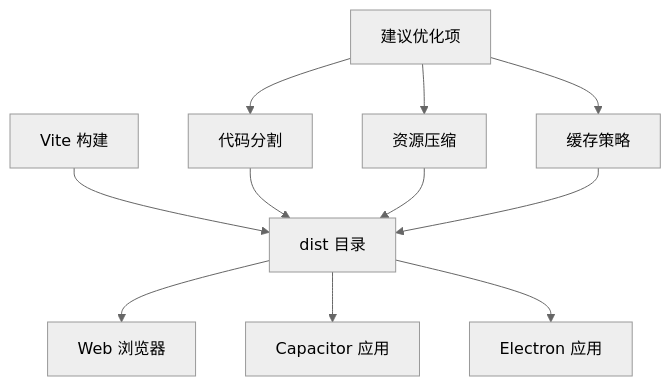
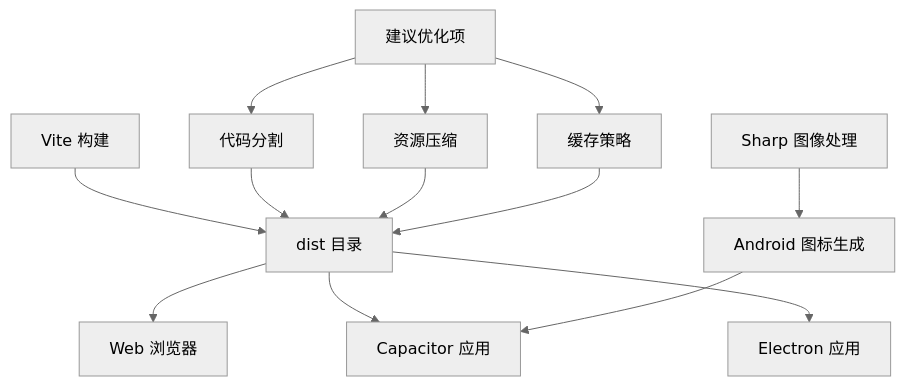
The sixth of 10 diagrams in .qoder/repowiki/zh/content/构建与部署/Web构建配置.md (xiao-lin-unit/yuan), drawn with Mermaid (neutral theme) before and after one commit. The commit also changed other lines of this file and 11 other files, not shown here.

````diff
--- a/.qoder/repowiki/zh/content/构建与部署/Web构建配置.md
+++ b/.qoder/repowiki/zh/content/构建与部署/Web构建配置.md
@@ -225,13 +242,15 @@
 ```mermaid
 flowchart TD
 Build["Vite 构建"] --> Dist["dist 目录"]
 Dist --> Web["Web 浏览器"]
 Dist --> Capacitor["Capacitor 应用"]
 Dist --> Electron["Electron 应用"]
 Optimize["建议优化项"] --> Split["代码分割"]
 Optimize --> Minify["资源压缩"]
 Optimize --> Cache["缓存策略"]
 Split --> Dist
 Minify --> Dist
 Cache --> Dist
+Sharp["Sharp 图像处理"] --> Icons["Android 图标生成"]
+Icons --> Capacitor
 ```
````
